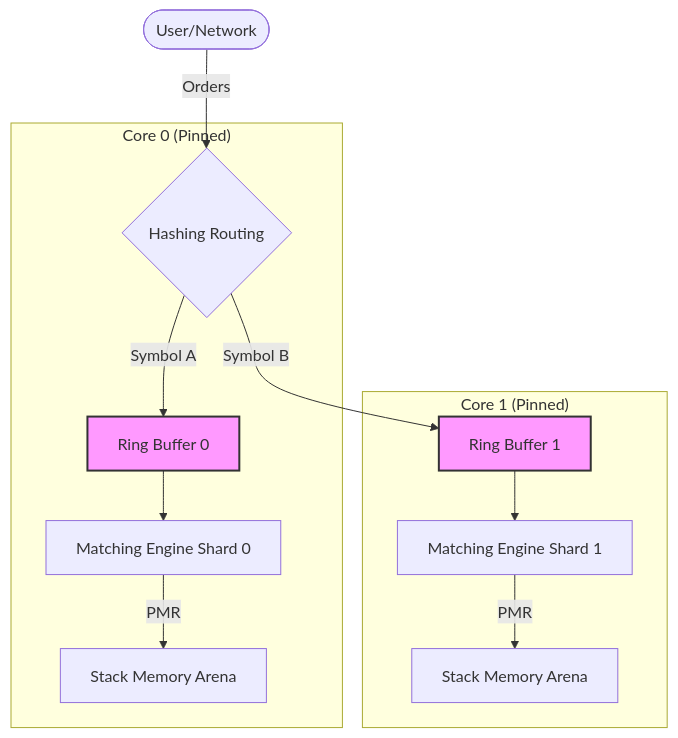
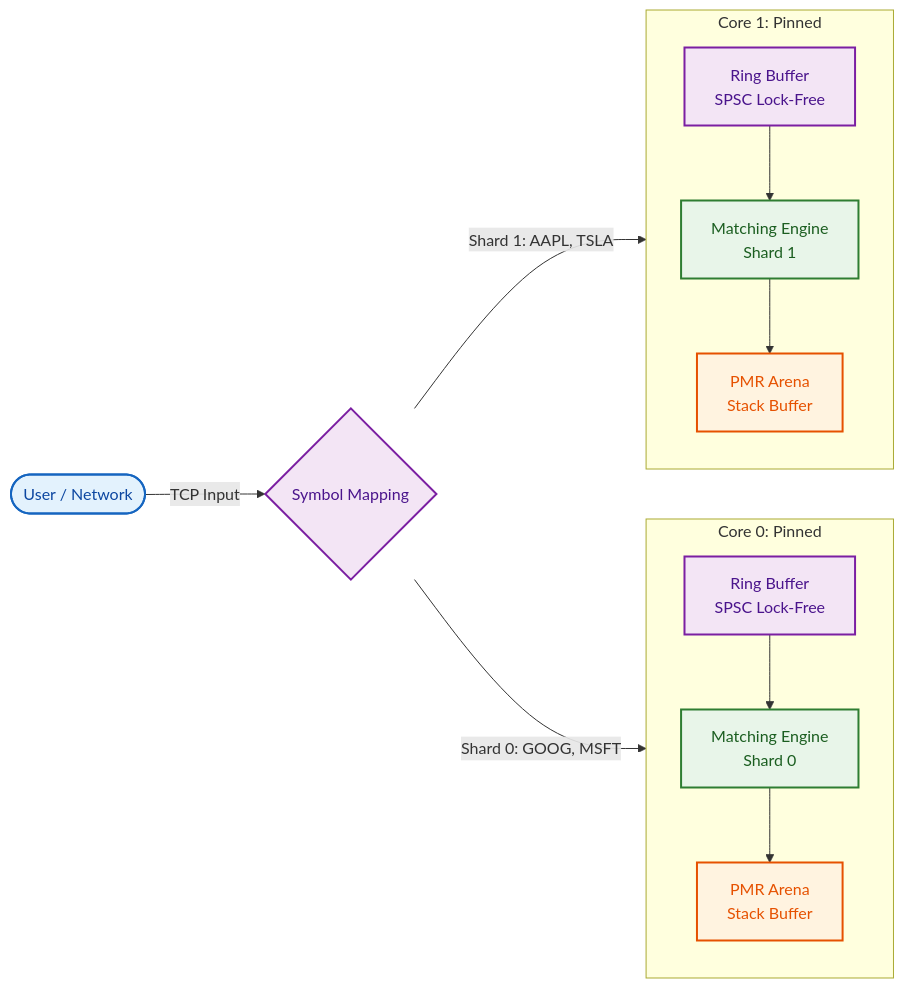
One commit to PIYUSH-KUMAR1809/order-matching-engine changed the diagram in README.md. Above: the diagram before and after it, drawn with Mermaid.

Commit message:
fix: better ReadME

````diff
--- a/README.md
+++ b/README.md
@@ -32,19 +32,38 @@
 ```mermaid
-graph TD
-    User([User/Network]) -->|Orders| Gateway{Hashing Routing}
-    
-    subgraph "Core 0 (Pinned)"
-        Gateway -->|Symbol A| RB0[Ring Buffer 0]
-        RB0 --> Matcher0[Matching Engine Shard 0]
-        Matcher0 -->|PMR| Mem0[Stack Memory Arena]
-    end
-    
-    subgraph "Core 1 (Pinned)"
-        Gateway -->|Symbol B| RB1[Ring Buffer 1]
-        RB1 --> Matcher1[Matching Engine Shard 1]
-        Matcher1 -->|PMR| Mem1[Stack Memory Arena]
+graph LR
+    %% Styles for high visibility and contrast
+    classDef client fill:#e3f2fd,stroke:#1565c0,stroke-width:2px,color:#0d47a1
+    classDef infra fill:#f3e5f5,stroke:#7b1fa2,stroke-width:2px,color:#4a148c
+    classDef core fill:#e8f5e9,stroke:#2e7d32,stroke-width:2px,color:#1b5e20
+    classDef memory fill:#fff3e0,stroke:#e65100,stroke-width:2px,color:#e65100
+
+    User([User / Network]) -->|TCP Input| Gateway{Symbol Mapping}
+    class User client
+    class Gateway infra
+
+    %% Shard 0 Pipeline
+    subgraph Core0 [Core 0: Pinned]
+        direction TB
+        RB0[Ring Buffer<br/>SPSC Lock-Free]:::infra
+        Matcher0[Matching Engine<br/>Shard 0]:::core
+        Mem0[PMR Arena<br/>Stack Buffer]:::memory
+        
+        RB0 --> Matcher0
+        Matcher0 --> Mem0
     end
 
-    style RB0 fill:#f9f,stroke:#333,stroke-width:2px
-    style RB1 fill:#f9f,stroke:#333,stroke-width:2px
+    %% Shard 1 Pipeline
+    subgraph Core1 [Core 1: Pinned]
+        direction TB
+        RB1[Ring Buffer<br/>SPSC Lock-Free]:::infra
+        Matcher1[Matching Engine<br/>Shard 1]:::core
+        Mem1[PMR Arena<br/>Stack Buffer]:::memory
+        
+        RB1 --> Matcher1
+        Matcher1 --> Mem1
+    end
+
+    %% Routing (No crossing)
+    Gateway -->|Shard 0: GOOG, MSFT| RB0
+    Gateway -->|Shard 1: AAPL, TSLA| RB1
 ```
````
